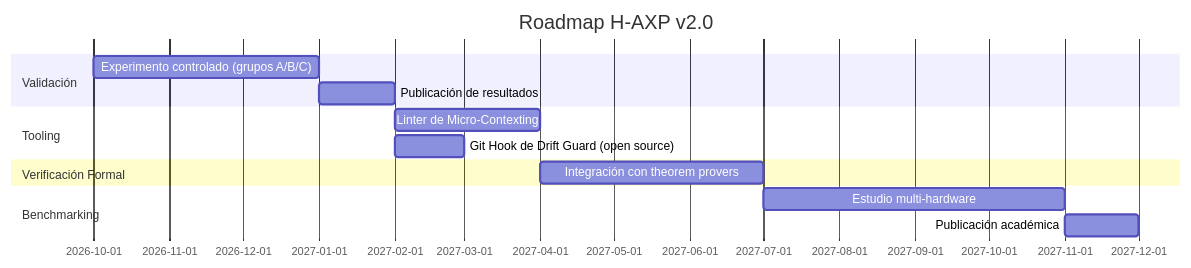
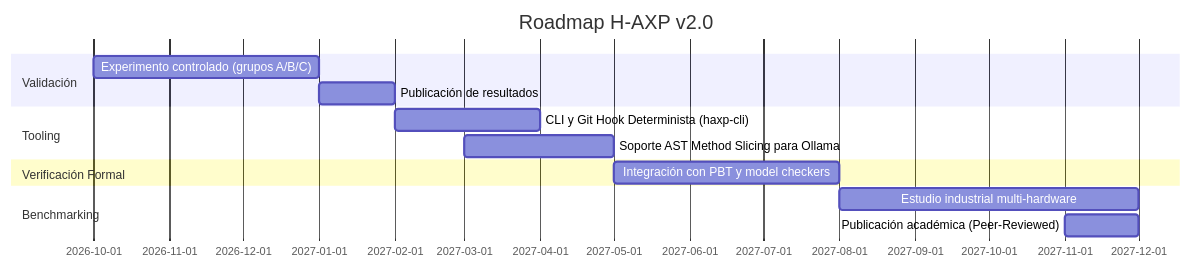
Before and after one commit to brunoguzman-dev/H-AXP: the third of 3 diagrams in docs/10-conclusiones.md, drawn with Mermaid. The commit also changed other lines of this file and 20 other files, not shown here.

````diff
--- a/docs/10-conclusiones.md
+++ b/docs/10-conclusiones.md
@@ -84,16 +85,16 @@
 ```mermaid
 gantt
     title Roadmap H-AXP v2.0
     dateFormat  YYYY-MM
     section Validación
     Experimento controlado (grupos A/B/C)  :2026-10, 3M
     Publicación de resultados              :2027-01, 1M
     section Tooling
-    Linter de Micro-Contexting             :2027-02, 2M
-    Git Hook de Drift Guard (open source)  :2027-02, 1M
+    CLI y Git Hook Determinista (haxp-cli) :2027-02, 2M
+    Soporte AST Method Slicing para Ollama :2027-03, 2M
     section Verificación Formal
-    Integración con theorem provers        :2027-04, 3M
+    Integración con PBT y model checkers   :2027-05, 3M
     section Benchmarking
-    Estudio multi-hardware                 :2027-07, 4M
-    Publicación académica                  :2027-11, 1M
+    Estudio industrial multi-hardware      :2027-08, 4M
+    Publicación académica (Peer-Reviewed)  :2027-11, 1M
 ```
````
